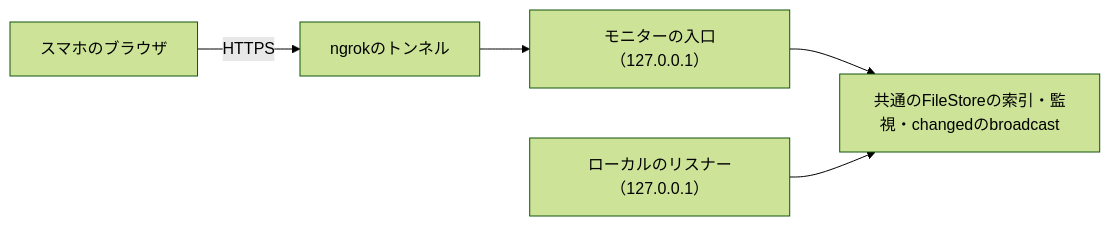
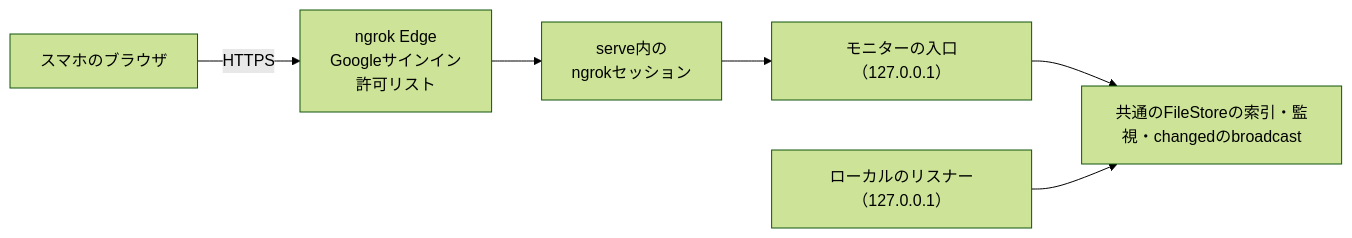
The diagram in docs/ja/dev/concepts/remote-access.md (FooQoo/agent-board), drawn with Mermaid (forest theme) before and after one commit. The commit also changed other lines of this file and 27 other files, not shown here.

````diff
--- a/docs/ja/dev/concepts/remote-access.md
+++ b/docs/ja/dev/concepts/remote-access.md
@@ -7,7 +7,8 @@
 ```mermaid
 flowchart LR
-    Phone["スマホのブラウザ"] -->|HTTPS| Tunnel["ngrokのトンネル"]
+    Phone["スマホのブラウザ"] -->|HTTPS| Edge["ngrok Edge<br/>Googleサインイン<br/>許可リスト"]
+    Edge --> Tunnel["serve内の<br/>ngrokセッション"]
     Tunnel --> Entry["モニターの入口（127.0.0.1）"]
     Entry --> Shared["共通のFileStoreの索引・監視・changedのbroadcast"]
     LL["ローカルのリスナー（127.0.0.1）"] --> Shared
 ```
````
